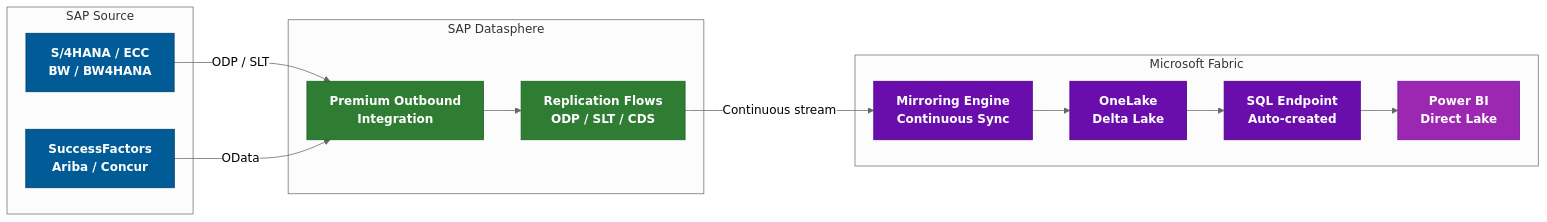
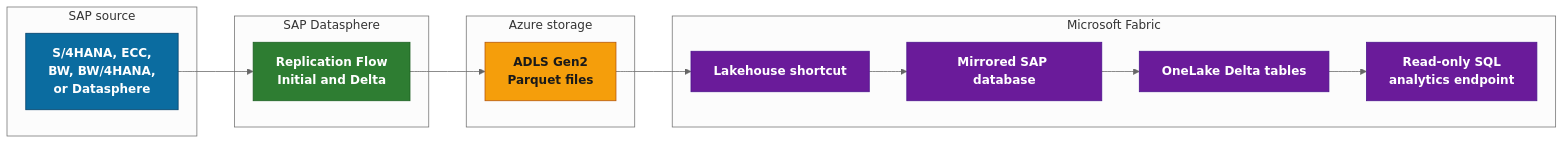
One commit to fredgis/fabric-foundry-kb changed the third of 10 diagrams in markdown/SAP_Fabric_Connectivity.md. Above: the diagram before and after it, drawn with Mermaid (neutral theme). The commit also changed other lines of this file and 6 other files, not shown here.

Commit message:
Audit and refresh SAP Fabric connectivity guide

````diff
--- a/markdown/SAP_Fabric_Connectivity.md
+++ b/markdown/SAP_Fabric_Connectivity.md
@@ -186,35 +280,33 @@
 ```mermaid
-graph LR
-    subgraph SAP["SAP Source"]
-        A1[S/4HANA / ECC<br/>BW / BW4HANA]
-        A2[SuccessFactors<br/>Ariba / Concur]
-    end
-    subgraph DS["SAP Datasphere"]
-        B[Premium Outbound<br/>Integration]
-        B2[Replication Flows<br/>ODP / SLT / CDS]
-    end
-    subgraph Fabric["Microsoft Fabric"]
-        C[Mirroring Engine<br/>Continuous Sync]
-        D[OneLake<br/>Delta Lake]
-        E[SQL Endpoint<br/>Auto-created]
-        F[Power BI<br/>Direct Lake]
+flowchart LR
+    subgraph SAP["SAP source"]
+        SRC["S/4HANA, ECC,<br/>BW, BW/4HANA,<br/>or Datasphere"]
     end
 
-    A1 -->|ODP / SLT| B
-    A2 -->|OData| B
-    B --> B2
-    B2 -->|Continuous stream| C
-    C --> D
-    D --> E
-    E --> F
+    subgraph DS["SAP Datasphere"]
+        RF["Replication Flow<br/>Initial and Delta"]
+    end
 
-    classDef sapStyle fill:#005B97,stroke:#003D66,color:#ffffff,font-weight:bold
-    classDef dsStyle fill:#2E7D32,stroke:#1B5E20,color:#ffffff,font-weight:bold
-    classDef fabricStyle fill:#6A0DAD,stroke:#4A0080,color:#ffffff,font-weight:bold
-    classDef biStyle fill:#9C27B0,stroke:#6A0DAD,color:#ffffff,font-weight:bold
+    subgraph Stage["Azure storage"]
+        ADLS["ADLS Gen2<br/>Parquet files"]
+    end
 
-    class A1,A2 sapStyle
-    class B,B2 dsStyle
-    class C,D,E fabricStyle
-    class F biStyle
+    subgraph Fabric["Microsoft Fabric"]
+        SC["Lakehouse shortcut"]
+        MIR["Mirrored SAP database"]
+        OL["OneLake Delta tables"]
+        SQL["Read-only SQL<br/>analytics endpoint"]
+    end
+
+    SRC --> RF --> ADLS --> SC --> MIR --> OL --> SQL
+
+    classDef sap fill:#0B6CA0,stroke:#003D66,color:#ffffff,font-weight:bold
+    classDef ds fill:#2E7D32,stroke:#1B5E20,color:#ffffff,font-weight:bold
+    classDef stage fill:#F59E0B,stroke:#B45309,color:#1a1a1a,font-weight:bold
+    classDef fabric fill:#6A1B9A,stroke:#4A148C,color:#ffffff,font-weight:bold
+
+    class SRC sap
+    class RF ds
+    class ADLS stage
+    class SC,MIR,OL,SQL fabric
 ```
````
